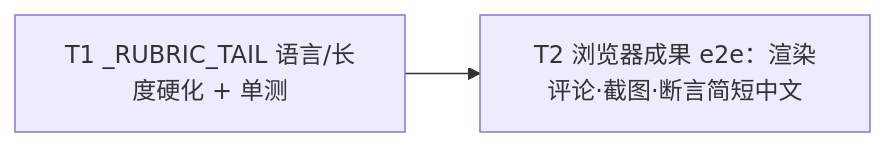
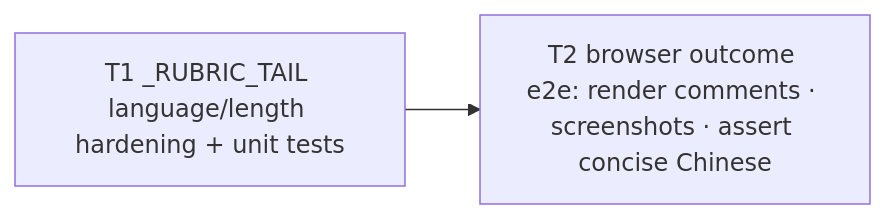
The diagram in docs/specs/0050-review-reason-chinese-readability.md (Curry09/OpenAgents), drawn with Mermaid before and after one commit. The commit also changed other lines of this file and 461 other files, not shown here.

````diff
--- a/docs/specs/0050-review-reason-chinese-readability.md
+++ b/docs/specs/0050-review-reason-chinese-readability.md
@@ -109,4 +106,4 @@
 ```mermaid
 graph LR
-  T1[T1 _RUBRIC_TAIL 语言/长度硬化 + 单测] --> T2[T2 浏览器成果 e2e：渲染评论·截图·断言简短中文]
+  T1[T1 _RUBRIC_TAIL language/length hardening + unit tests] --> T2[T2 browser outcome e2e: render comments · screenshots · assert concise Chinese]
 ```
````
